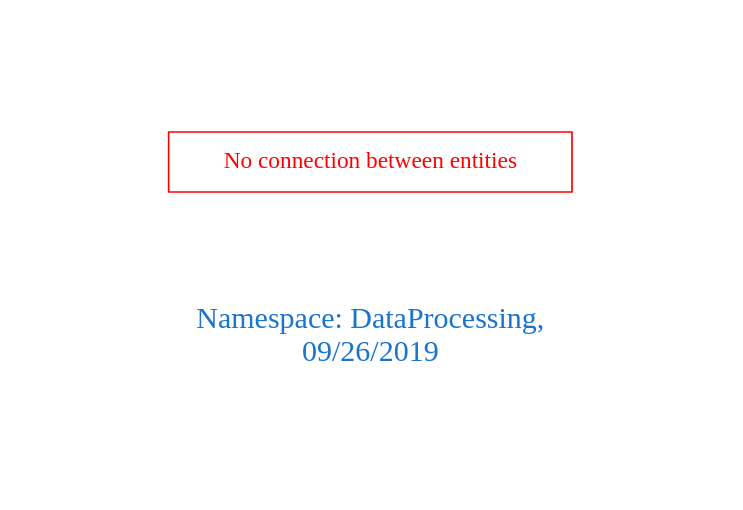
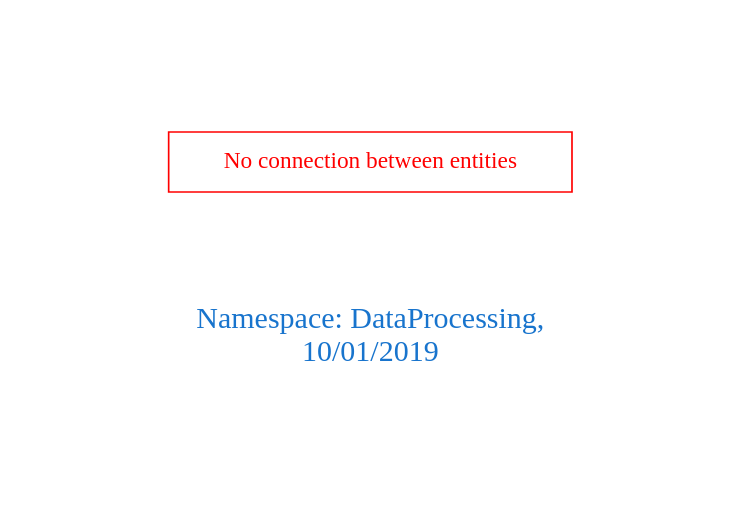
The diagram in downloads/DataProcessing.dot (arago/OGIT), drawn with Graphviz before and after one commit. The commit also changed 152 other files, not shown here.

```diff
--- a/downloads/DataProcessing.dot
+++ b/downloads/DataProcessing.dot
@@ -1,9 +1,9 @@
 digraph OGIT_ontology {
  graph [ rankdir= LR,pad=1 
 fontsize = 18,
-fontcolor= dodgerblue3,label = "\n\n\nNamespace: DataProcessing, \n 09/26/2019"];
+fontcolor= dodgerblue3,label = "\n\n\nNamespace: DataProcessing, \n 10/01/2019"];
 node[shape=polygon];
 edge [  color="gray81"];
 
 "No connection between entities" [fontcolor = "red",color="red", shape="polygon"]
 }
```
